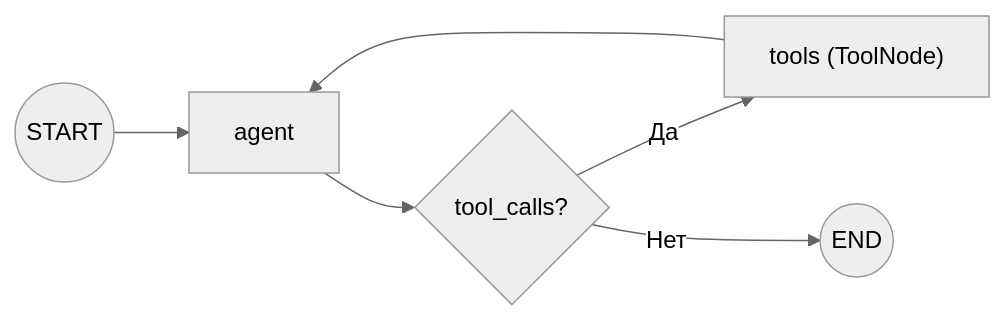
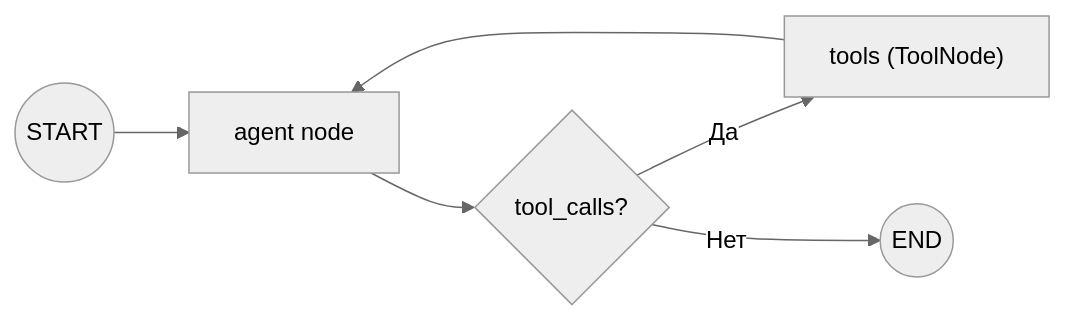
Before and after one commit to Bbar0n234/learnflow-ai: the second of 4 diagrams in doc/tech/agent-runtime.md, drawn with Mermaid (neutral theme). The commit also changed other lines of this file and 2 other files, not shown here.

````diff
--- a/doc/tech/agent-runtime.md
+++ b/doc/tech/agent-runtime.md
@@ -59,8 +59,8 @@
 ```mermaid
 graph LR
-    START(("START")) --> AGENT["agent"]
+    START(("START")) --> AGENT["agent node"]
     AGENT --> COND{tool_calls?}
     COND -->|Да| TOOLS["tools (ToolNode)"]
     TOOLS --> AGENT
     COND -->|Нет| END_(("END"))
 ```
````
